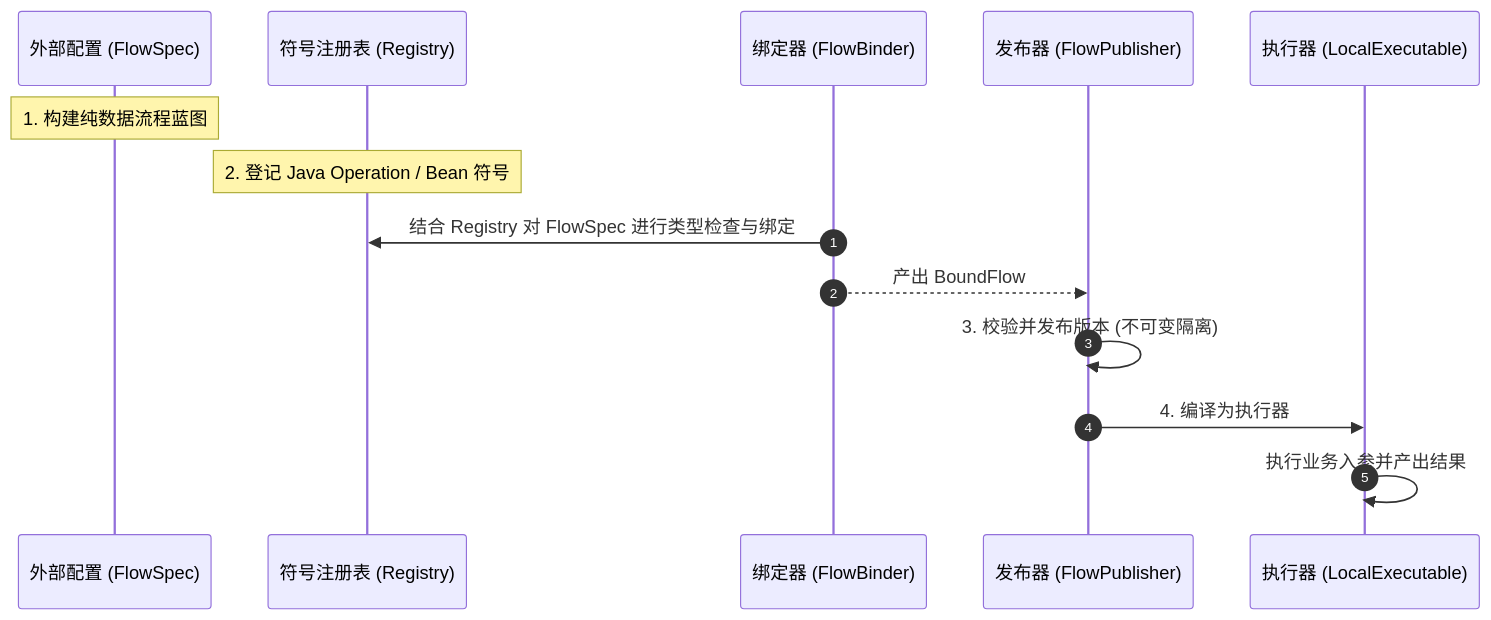
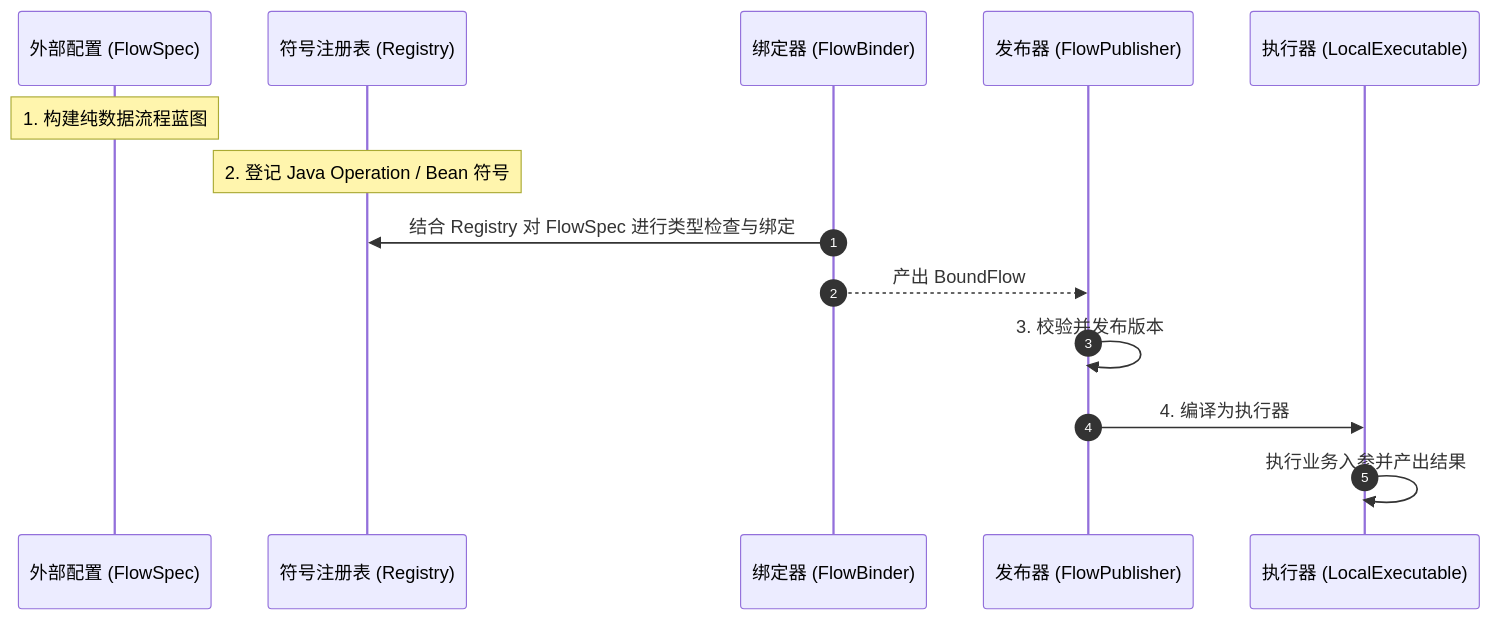
Before and after one commit to team4u/team4u-framework: the third of 4 diagrams in docs/flow/flow-definition.md, drawn with Mermaid. The commit also changed other lines of this file and 24 other files, not shown here.

First line of the commit message:
fix(flow): address code review feedback on AST identity, property access, schema 2, and error parity

````diff
--- a/docs/flow/flow-definition.md
+++ b/docs/flow/flow-definition.md
@@ -104,17 +104,17 @@
 ```mermaid
 sequenceDiagram
     autonumber
     participant D as 外部配置 (FlowSpec)
     participant R as 符号注册表 (Registry)
     participant B as 绑定器 (FlowBinder)
     participant P as 发布器 (FlowPublisher)
     participant E as 执行器 (LocalExecutable)
 
     Note over D: 1. 构建纯数据流程蓝图
     Note over R: 2. 登记 Java Operation / Bean 符号
     B->>R: 结合 Registry 对 FlowSpec 进行类型检查与绑定
     B-->>P: 产出 BoundFlow
-    P->>P: 3. 校验并发布版本 (不可变隔离)
+    P->>P: 3. 校验并发布版本
     P->>E: 4. 编译为执行器
     E->>E: 执行业务入参并产出结果
 ```
````
